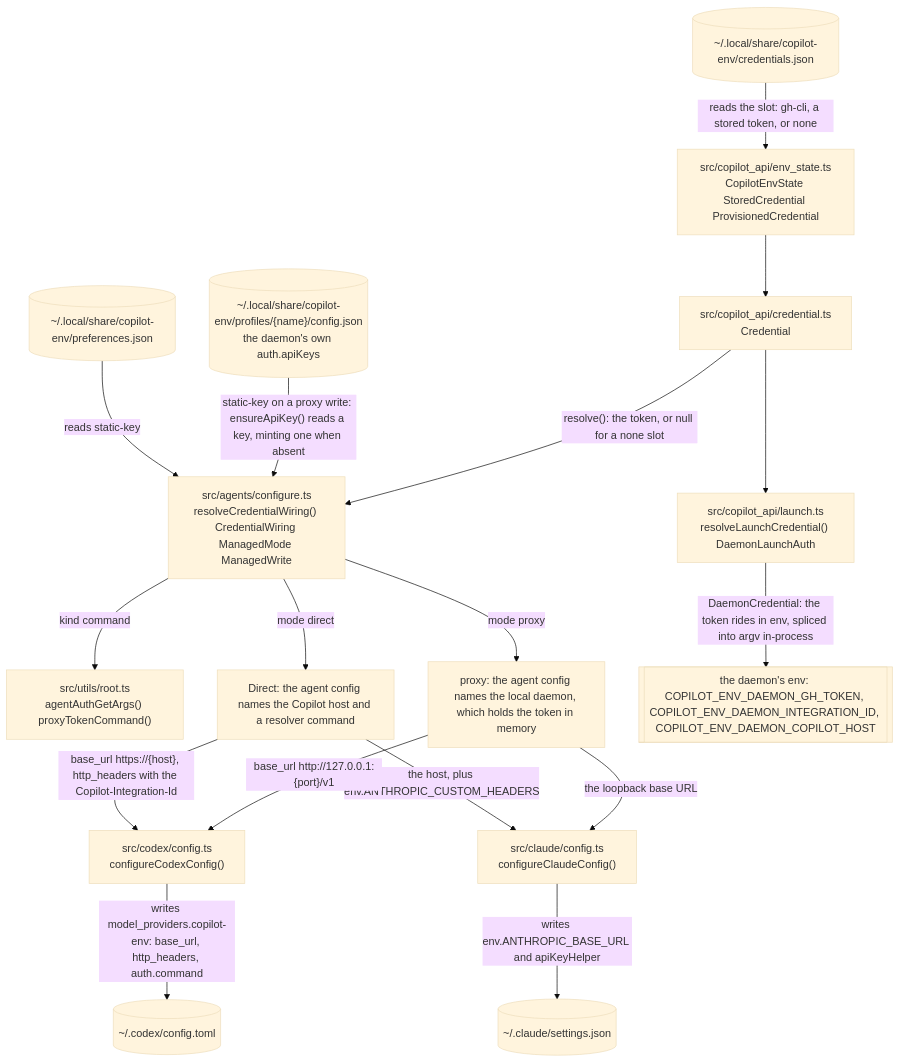
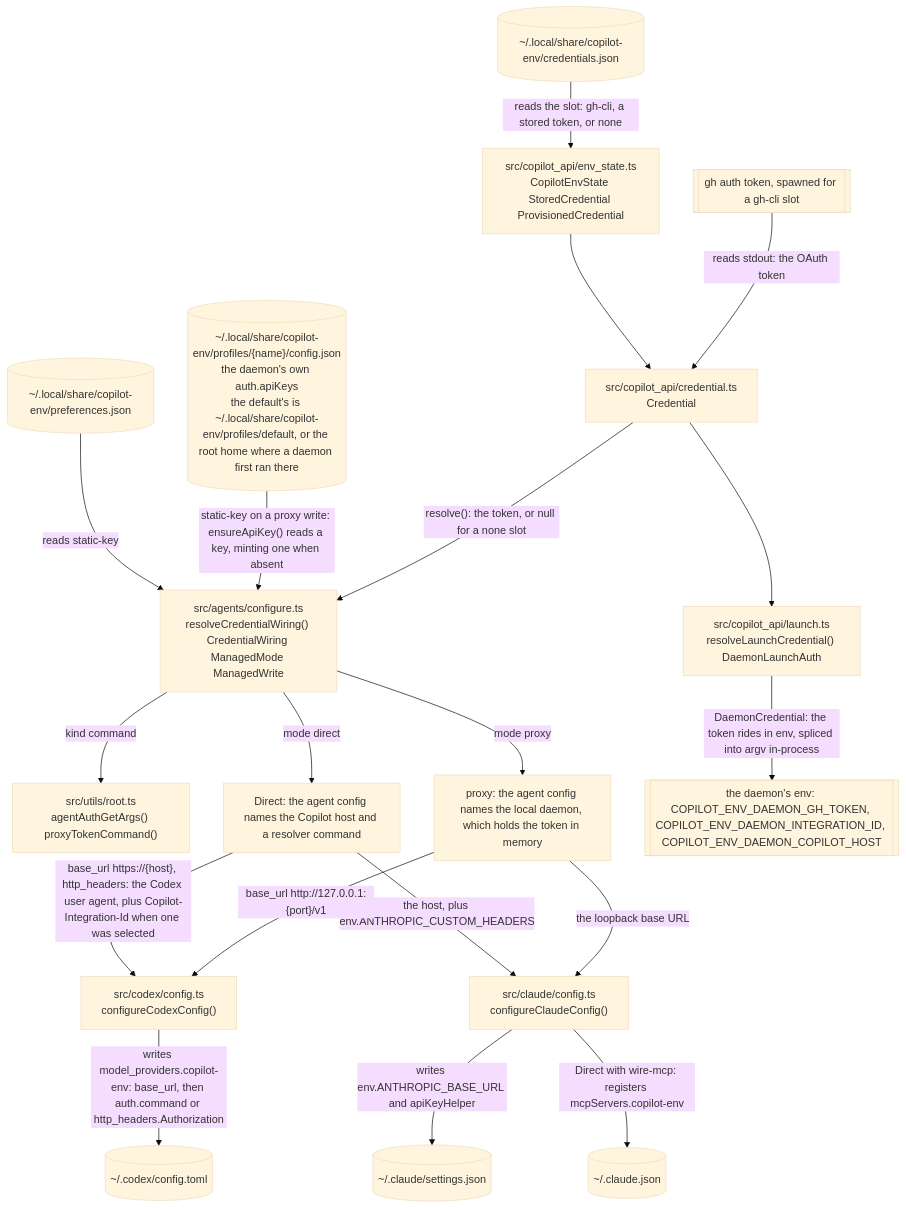
The first of 8 diagrams in docs/architecture.md (Vivswan/copilot-env), drawn with Mermaid (base theme) before and after one commit. The commit also changed other lines of this file, not shown here.

````diff
--- a/docs/architecture.md
+++ b/docs/architecture.md
@@ -15,34 +15,38 @@
 ```mermaid
 flowchart TD
   credfile[("~/.local/share/copilot-env/credentials.json")]
   prefs[("~/.local/share/copilot-env/preferences.json")]
   store["src/copilot_api/env_state.ts<br>CopilotEnvState StoredCredential ProvisionedCredential"]
   cred["src/copilot_api/credential.ts<br>Credential"]
   wiring["src/agents/configure.ts<br>resolveCredentialWiring() CredentialWiring ManagedMode ManagedWrite"]
   resolver["src/utils/root.ts<br>agentAuthGetArgs() proxyTokenCommand()"]
   direct["Direct: the agent config names the Copilot host and a resolver command"]
   proxy["proxy: the agent config names the local daemon, which holds the token in memory"]
   daemon["src/copilot_api/launch.ts<br>resolveLaunchCredential() DaemonLaunchAuth"]
-  proxycfg[("~/.local/share/copilot-env/profiles/{name}/config.json<br>the daemon's own auth.apiKeys")]
+  proxycfg[("~/.local/share/copilot-env/profiles/{name}/config.json<br>the daemon's own auth.apiKeys<br>the default's is ~/.local/share/copilot-env/profiles/default, or the root home where a daemon first ran there")]
+  gh[["gh auth token, spawned for a gh-cli slot"]]
+  claudejson[("~/.claude.json")]
   codexw["src/codex/config.ts<br>configureCodexConfig()"]
   claudew["src/claude/config.ts<br>configureClaudeConfig()"]
   codexfile[("~/.codex/config.toml")]
   claudefile[("~/.claude/settings.json")]
   daemonenv[["the daemon's env: COPILOT_ENV_DAEMON_GH_TOKEN, COPILOT_ENV_DAEMON_INTEGRATION_ID, COPILOT_ENV_DAEMON_COPILOT_HOST"]]
   credfile -->|"reads the slot: gh-cli, a stored token, or none"| store
   prefs -->|"reads static-key"| wiring
   proxycfg -->|"static-key on a proxy write: ensureApiKey() reads a key, minting one when absent"| wiring
   store --> cred
+  gh -->|"reads stdout: the OAuth token"| cred
   cred -->|"resolve(): the token, or null for a none slot"| wiring
   wiring -->|"kind command"| resolver
   wiring -->|"mode direct"| direct
   wiring -->|"mode proxy"| proxy
-  direct -->|"base_url https://{host}, http_headers with the Copilot-Integration-Id"| codexw
+  direct -->|"base_url https://{host}, http_headers: the Codex user agent, plus Copilot-Integration-Id when one was selected"| codexw
   direct -->|"the host, plus env.ANTHROPIC_CUSTOM_HEADERS"| claudew
   proxy -->|"base_url http://127.0.0.1:{port}/v1"| codexw
   proxy -->|"the loopback base URL"| claudew
-  codexw -->|"writes model_providers.copilot-env: base_url, http_headers, auth.command"| codexfile
+  codexw -->|"writes model_providers.copilot-env: base_url, then auth.command or http_headers.Authorization"| codexfile
   claudew -->|"writes env.ANTHROPIC_BASE_URL and apiKeyHelper"| claudefile
+  claudew -->|"Direct with wire-mcp: registers mcpServers.copilot-env"| claudejson
   cred --> daemon
   daemon -->|"DaemonCredential: the token rides in env, spliced into argv in-process"| daemonenv
 ```
````
